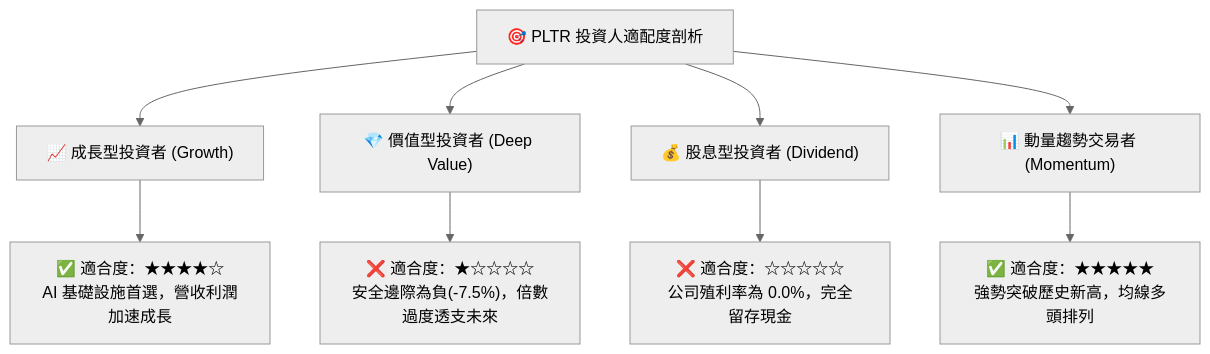
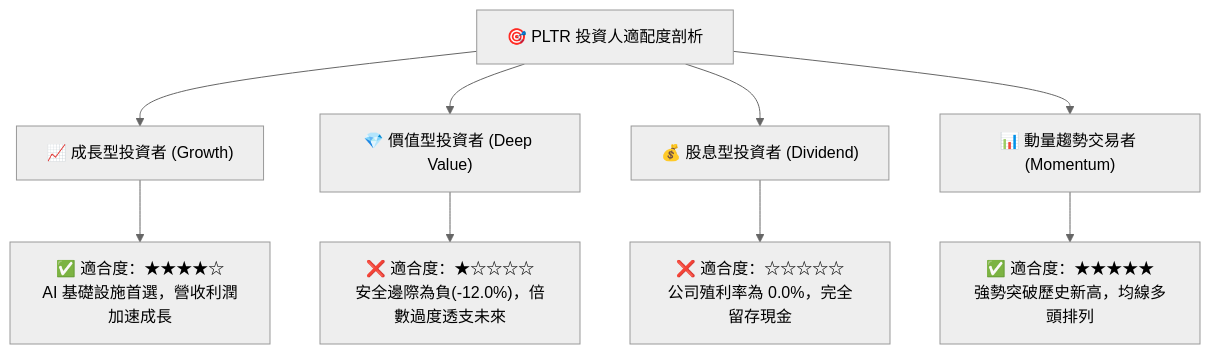
Before and after one commit to yennanliu/finance_data: diagram 15 of 15 in ai_gen_report/fundamental/pltr/fundamental_analysis_2026-10-10_gemini.md, drawn with Mermaid (neutral theme). The commit also changed other lines of this file and 339 other files, not shown here.

````diff
--- a/ai_gen_report/fundamental/pltr/fundamental_analysis_2026-10-10_gemini.md
+++ b/ai_gen_report/fundamental/pltr/fundamental_analysis_2026-10-10_gemini.md
@@ -1039,14 +1054,14 @@
 ```mermaid
 graph TD
     INV["🎯 PLTR 投資人適配度剖析"]
 
     INV --> G["📈 成長型投資者 (Growth)"]
     INV --> V["💎 價值型投資者 (Deep Value)"]
     INV --> D["💰 股息型投資者 (Dividend)"]
     INV --> T["📊 動量趨勢交易者 (Momentum)"]
 
     G --> G1["✅ 適合度：★★★★☆<br/>AI 基礎設施首選，營收利潤加速成長"]
-    V --> V1["❌ 適合度：★☆☆☆☆<br/>安全邊際為負(-7.5%)，倍數過度透支未來"]
+    V --> V1["❌ 適合度：★☆☆☆☆<br/>安全邊際為負(-12.0%)，倍數過度透支未來"]
     D --> D1["❌ 適合度：☆☆☆☆☆<br/>公司殖利率為 0.0%，完全留存現金"]
     T --> T1["✅ 適合度：★★★★★<br/>強勢突破歷史新高，均線多頭排列"]
 ```
````
